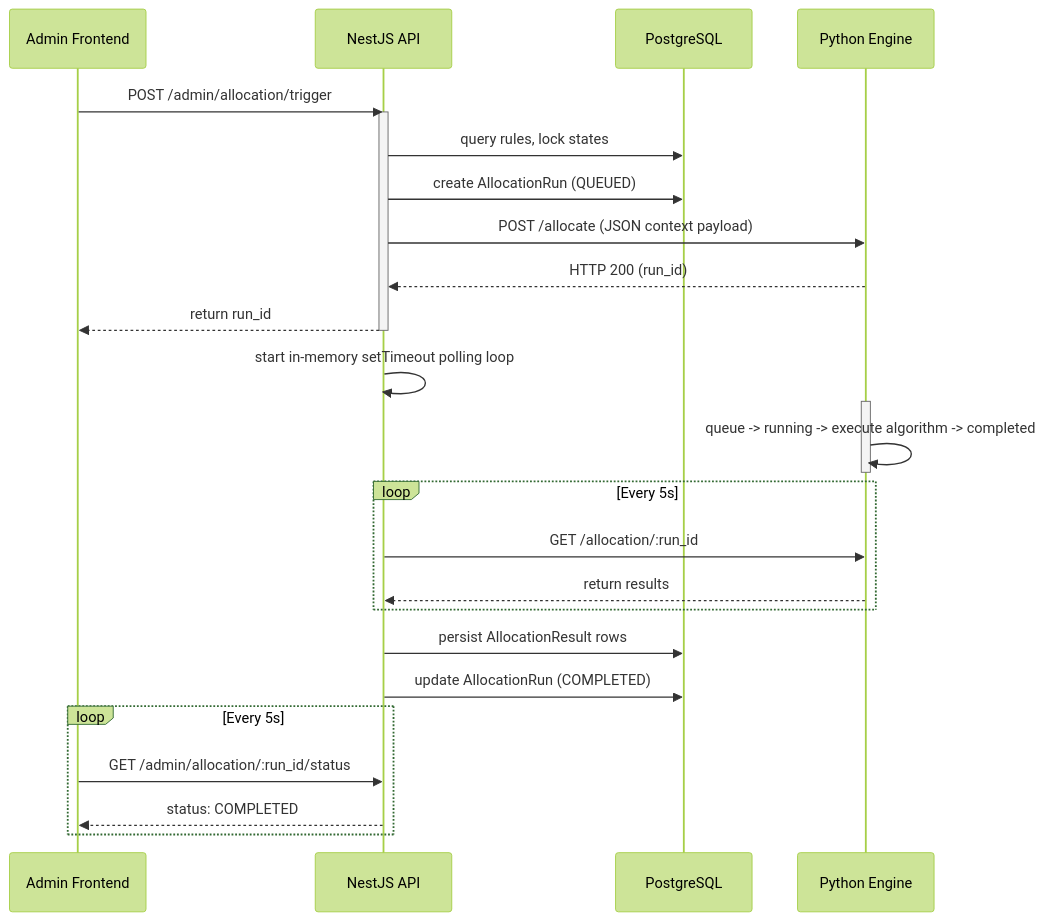
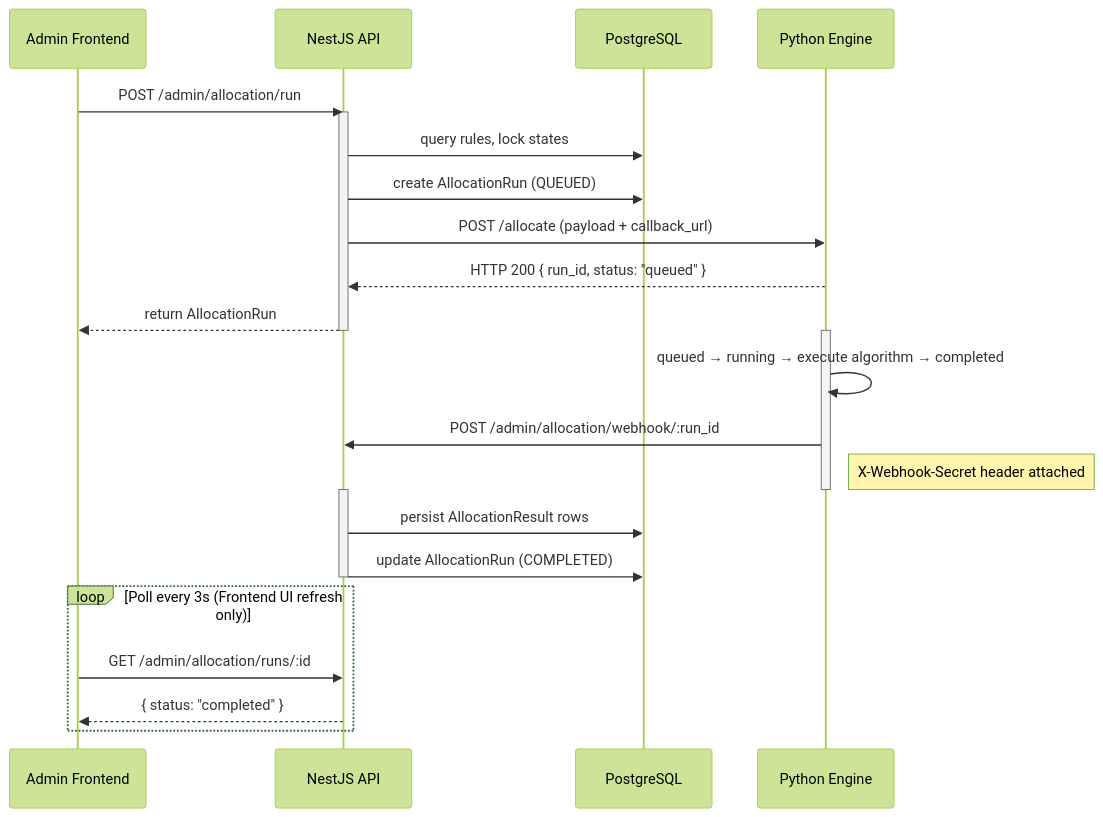
Before and after one commit to Theewebwizard/Hostel-allocation-official: the second of 3 diagrams in README.md, drawn with Mermaid (forest theme). The commit also changed other lines of this file and 10 other files, not shown here.

Commit message:
feat: implement webhook-based asynchronous allocation results delivery from engine to core services

````diff
--- a/README.md
+++ b/README.md
@@ -142,35 +143,32 @@
 ```mermaid
 sequenceDiagram
     participant AdminUI as Admin Frontend
     participant NestJS as NestJS API
     participant DB as PostgreSQL
     participant Python as Python Engine
 
-    AdminUI->>NestJS: POST /admin/allocation/trigger
+    AdminUI->>NestJS: POST /admin/allocation/run
     activate NestJS
     NestJS->>DB: query rules, lock states
     NestJS->>DB: create AllocationRun (QUEUED)
-    NestJS->>Python: POST /allocate (JSON context payload)
-    Python-->>NestJS: HTTP 200 (run_id)
-    NestJS-->>AdminUI: return run_id
+    NestJS->>Python: POST /allocate (payload + callback_url)
+    Python-->>NestJS: HTTP 200 { run_id, status: "queued" }
+    NestJS-->>AdminUI: return AllocationRun
     deactivate NestJS
     
-    NestJS->>NestJS: start in-memory setTimeout polling loop
-    
     activate Python
-    Python->>Python: queue -> running -> execute algorithm -> completed
+    Python->>Python: queued → running → execute algorithm → completed
+    Python->>NestJS: POST /admin/allocation/webhook/:run_id
+    Note right of Python: X-Webhook-Secret header attached
     deactivate Python
     
-    loop Every 5s
-        NestJS->>Python: GET /allocation/:run_id
-        Python-->>NestJS: return results
-    end
-    
+    activate NestJS
     NestJS->>DB: persist AllocationResult rows
     NestJS->>DB: update AllocationRun (COMPLETED)
+    deactivate NestJS
     
-    loop Every 5s
-        AdminUI->>NestJS: GET /admin/allocation/:run_id/status
-        NestJS-->>AdminUI: status: COMPLETED
+    loop Poll every 3s (Frontend UI refresh only)
+        AdminUI->>NestJS: GET /admin/allocation/runs/:id
+        NestJS-->>AdminUI: { status: "completed" }
     end
 ```
````
